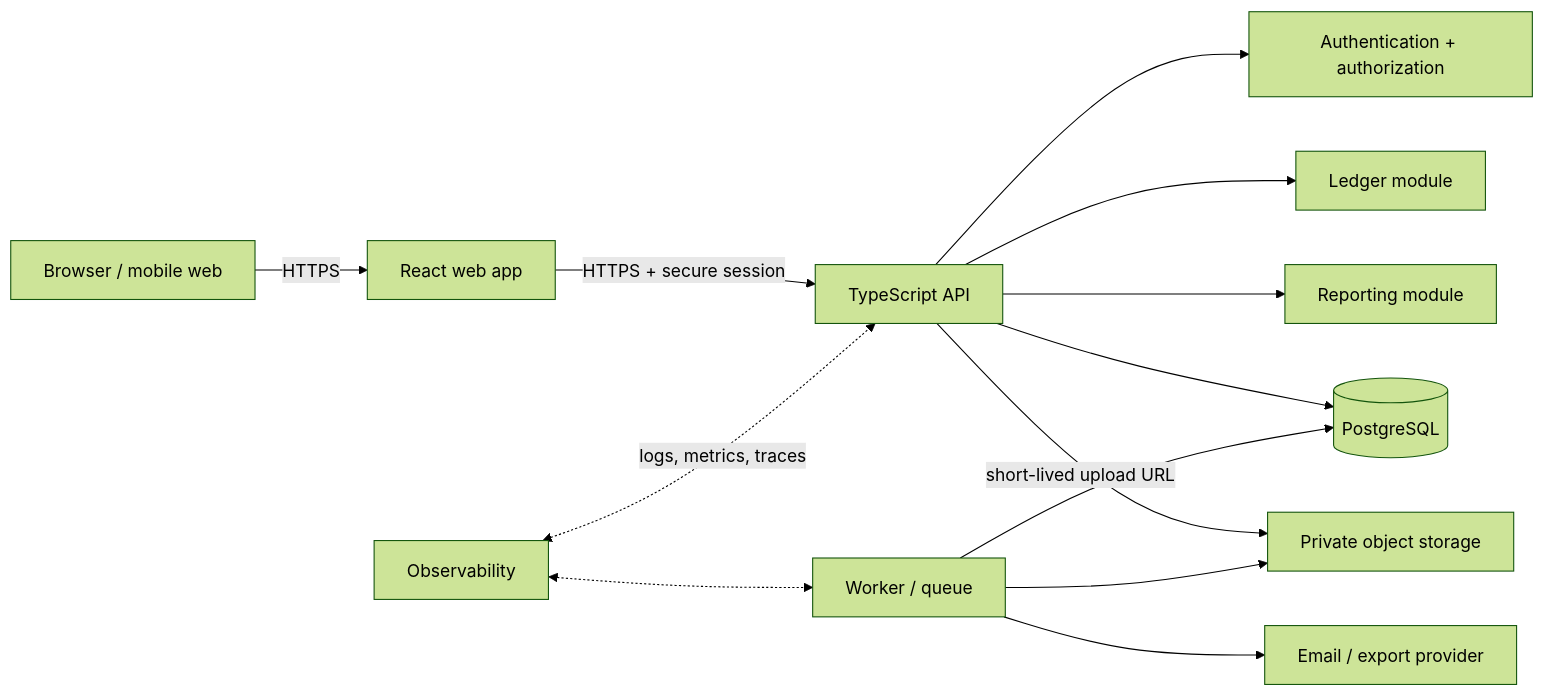
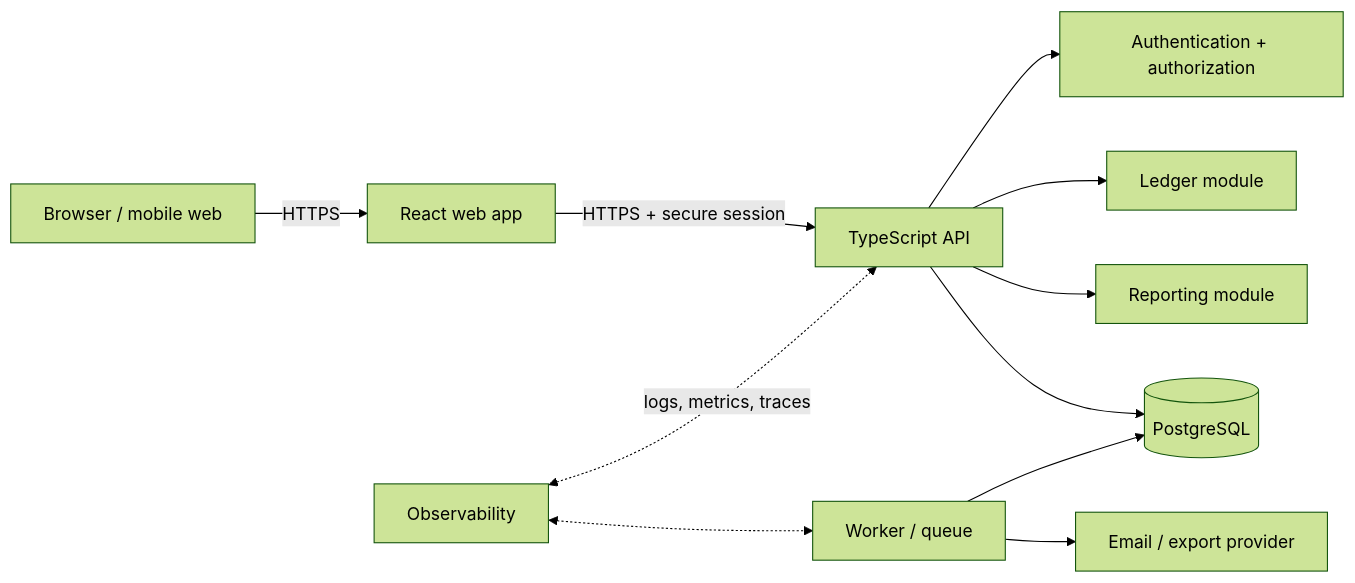
One commit to rakshitnayak/bucks changed the first of 2 diagrams in docs/architecture.md. Above: the diagram before and after it, drawn with Mermaid (forest theme). The commit also changed other lines of this file and 16 other files, not shown here.

````diff
--- a/docs/architecture.md
+++ b/docs/architecture.md
@@ -20,15 +20,13 @@
 ```mermaid
 flowchart LR
   B[Browser / mobile web] -->|HTTPS| W[React web app]
   W -->|HTTPS + secure session| A[TypeScript API]
   A --> AU[Authentication + authorization]
   A --> L[Ledger module]
   A --> R[Reporting module]
   A --> P[(PostgreSQL)]
-  A -->|short-lived upload URL| S[Private object storage]
   Q[Worker / queue] --> P
-  Q --> S
   Q --> E[Email / export provider]
   O[Observability] <-. logs, metrics, traces .-> A
   O <-.-> Q
 ```
````
